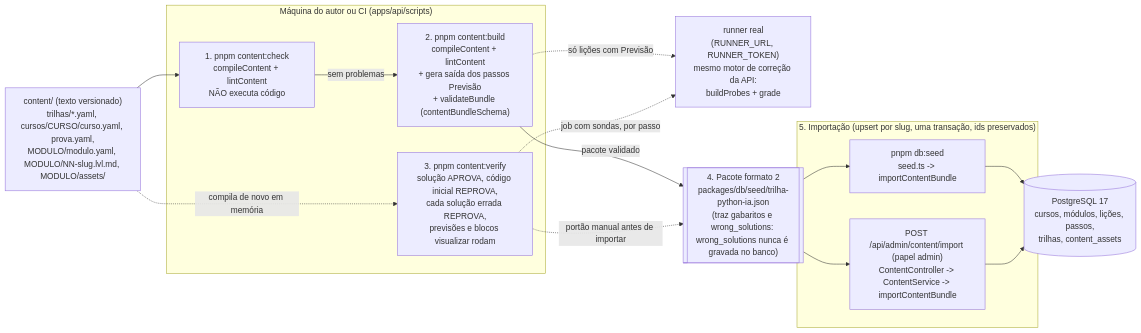
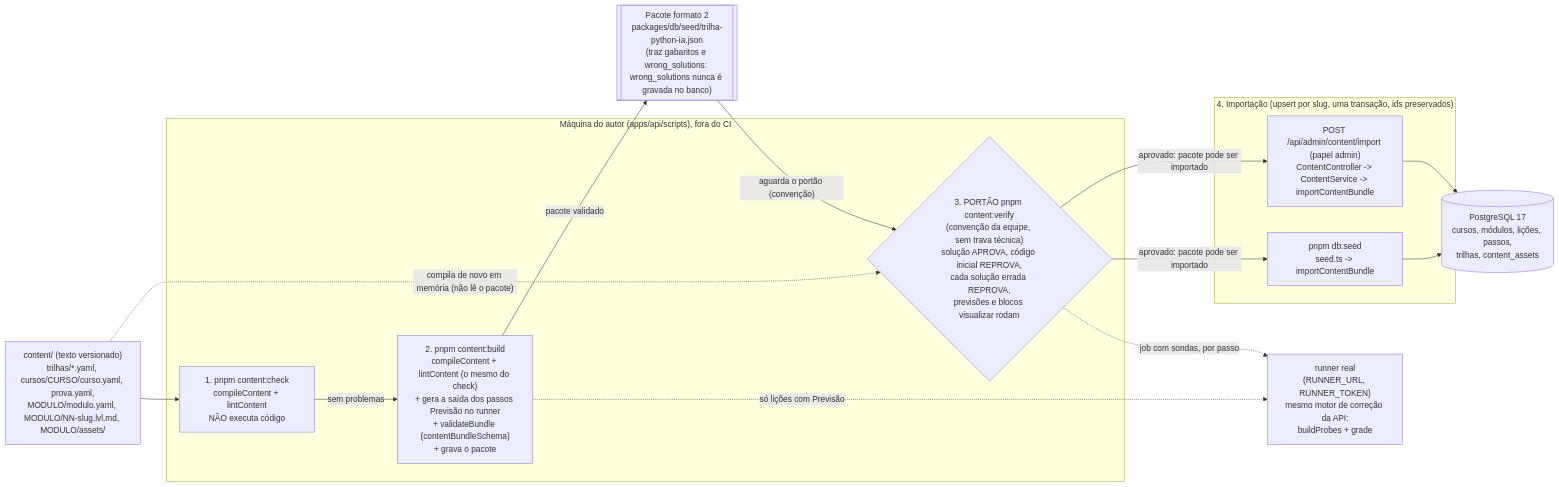
One commit to Lip3Bazinga/v0-level-usp-project changed the diagram in docs/tcc/diagramas/04-pipeline-conteudo.mmd. Above: the diagram before and after it, drawn with Mermaid. The commit also changed 3 other files, not shown here.

First line of the commit message:
docs(tcc): diagramas 02, 04 e 06 e rastreabilidade conferidos no commit 5add24f

```diff
--- a/docs/tcc/diagramas/04-pipeline-conteudo.mmd
+++ b/docs/tcc/diagramas/04-pipeline-conteudo.mmd
@@ -1,35 +1,37 @@
-%% Pipeline de conteúdo: .lvl.md -> check -> build -> verify -> pacote -> importação.
+%% Pipeline de conteúdo: .lvl.md -> check -> build -> pacote -> verify (portão) -> importação.
 %% Rastreabilidade de cada caixa e seta: docs/tcc/diagramas/rastreabilidade.md, seção 04.
-%% Linha cheia = dependência de dados. Linha tracejada = o passo executa código no runner real
-%% ou é um portão de qualidade pela convenção da equipe (nenhum job do CI roda content:verify).
+%% Linha cheia = dependência de dados. Linha tracejada = o passo executa código no runner real.
+%% Tudo roda na máquina do autor: nenhum job de .github/workflows roda content:*.
+%% O portão do verify é CONVENÇÃO da equipe: o seed e a rota de importação não checam se o verify
+%% passou, então nada impede tecnicamente importar um pacote sem verificar.
 flowchart LR
   FONTE["content/ (texto versionado)<br/>trilhas/*.yaml, cursos/CURSO/curso.yaml, prova.yaml,<br/>MODULO/modulo.yaml, MODULO/NN-slug.lvl.md, MODULO/assets/"]
 
-  subgraph AUTORIA["Máquina do autor ou CI (apps/api/scripts)"]
+  subgraph AUTORIA["Máquina do autor (apps/api/scripts), fora do CI"]
     CHECK["1. pnpm content:check<br/>compileContent + lintContent<br/>NÃO executa código"]
-    BUILD["2. pnpm content:build<br/>compileContent + lintContent<br/>+ gera saída dos passos Previsão<br/>+ validateBundle (contentBundleSchema)"]
-    VERIFY["3. pnpm content:verify<br/>solução APROVA, código inicial REPROVA,<br/>cada solução errada REPROVA,<br/>previsões e blocos visualizar rodam"]
+    BUILD["2. pnpm content:build<br/>compileContent + lintContent (o mesmo do check)<br/>+ gera a saída dos passos Previsão no runner<br/>+ validateBundle (contentBundleSchema)<br/>+ grava o pacote"]
+    VERIFY{"3. PORTÃO pnpm content:verify<br/>(convenção da equipe, sem trava técnica)<br/>solução APROVA, código inicial REPROVA,<br/>cada solução errada REPROVA,<br/>previsões e blocos visualizar rodam"}
   end
 
   RUNNER["runner real<br/>(RUNNER_URL, RUNNER_TOKEN)<br/>mesmo motor de correção da API:<br/>buildProbes + grade"]
 
-  PACOTE[["4. Pacote formato 2<br/>packages/db/seed/trilha-python-ia.json<br/>(traz gabaritos e wrong_solutions: wrong_solutions nunca é gravada no banco)"]]
+  PACOTE[["Pacote formato 2<br/>packages/db/seed/trilha-python-ia.json<br/>(traz gabaritos e wrong_solutions: wrong_solutions nunca é gravada no banco)"]]
 
-  subgraph IMPORTACAO["5. Importação (upsert por slug, uma transação, ids preservados)"]
+  subgraph IMPORTACAO["4. Importação (upsert por slug, uma transação, ids preservados)"]
     SEED["pnpm db:seed<br/>seed.ts -> importContentBundle"]
     ADMIN["POST /api/admin/content/import (papel admin)<br/>ContentController -> ContentService -> importContentBundle"]
   end
 
   BANCO[("PostgreSQL 17<br/>cursos, módulos, lições, passos,<br/>trilhas, content_assets")]
 
   FONTE --> CHECK
   CHECK -- "sem problemas" --> BUILD
   BUILD -- "pacote validado" --> PACOTE
-  FONTE -. "compila de novo em memória" .-> VERIFY
+  FONTE -. "compila de novo em memória (não lê o pacote)" .-> VERIFY
   BUILD -. "só lições com Previsão" .-> RUNNER
   VERIFY -. "job com sondas, por passo" .-> RUNNER
-  VERIFY -. "portão manual antes de importar" .-> PACOTE
-  PACOTE --> SEED
-  PACOTE --> ADMIN
+  PACOTE -- "aguarda o portão (convenção)" --> VERIFY
+  VERIFY -- "aprovado: pacote pode ser importado" --> SEED
+  VERIFY -- "aprovado: pacote pode ser importado" --> ADMIN
   SEED --> BANCO
   ADMIN --> BANCO
```
